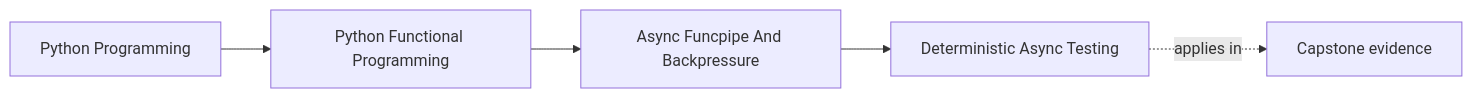
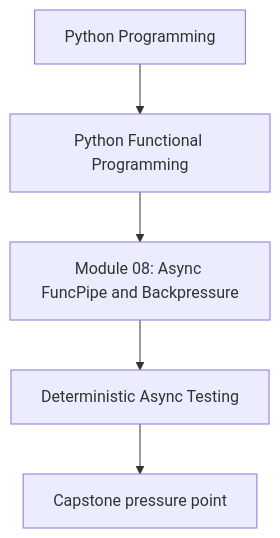
One commit to bijux/bijux-masterclass changed the first of 2 diagrams in programs/python-programming/python-functional-programming/course-book/module-08-async-funcpipe-and-backpressure/deterministic-async-testing.md. Above: the diagram before and after it, drawn with Mermaid. The commit also changed other lines of this file and 118 other files, not shown here.

Commit message:
docs(python-functional-programming): align concept page diagrams

````diff
--- a/programs/python-programming/python-functional-programming/course-book/module-08-async-funcpipe-and-backpressure/deterministic-async-testing.md
+++ b/programs/python-programming/python-functional-programming/course-book/module-08-async-funcpipe-and-backpressure/deterministic-async-testing.md
@@ -7,11 +7,7 @@
 ```mermaid
-graph LR
-  family["Python Programming"]
-  program["Python Functional Programming"]
-  section["Async Funcpipe And Backpressure"]
-  page["Deterministic Async Testing"]
-  capstone["Capstone evidence"]
-
-  family --> program --> section --> page
-  page -.applies in.-> capstone
+flowchart TD
+  family["Python Programming"] --> program["Python Functional Programming"]
+  program --> module["Module 08: Async FuncPipe and Backpressure"]
+  module --> concept["Deterministic Async Testing"]
+  concept --> capstone["Capstone pressure point"]
 ```
````
